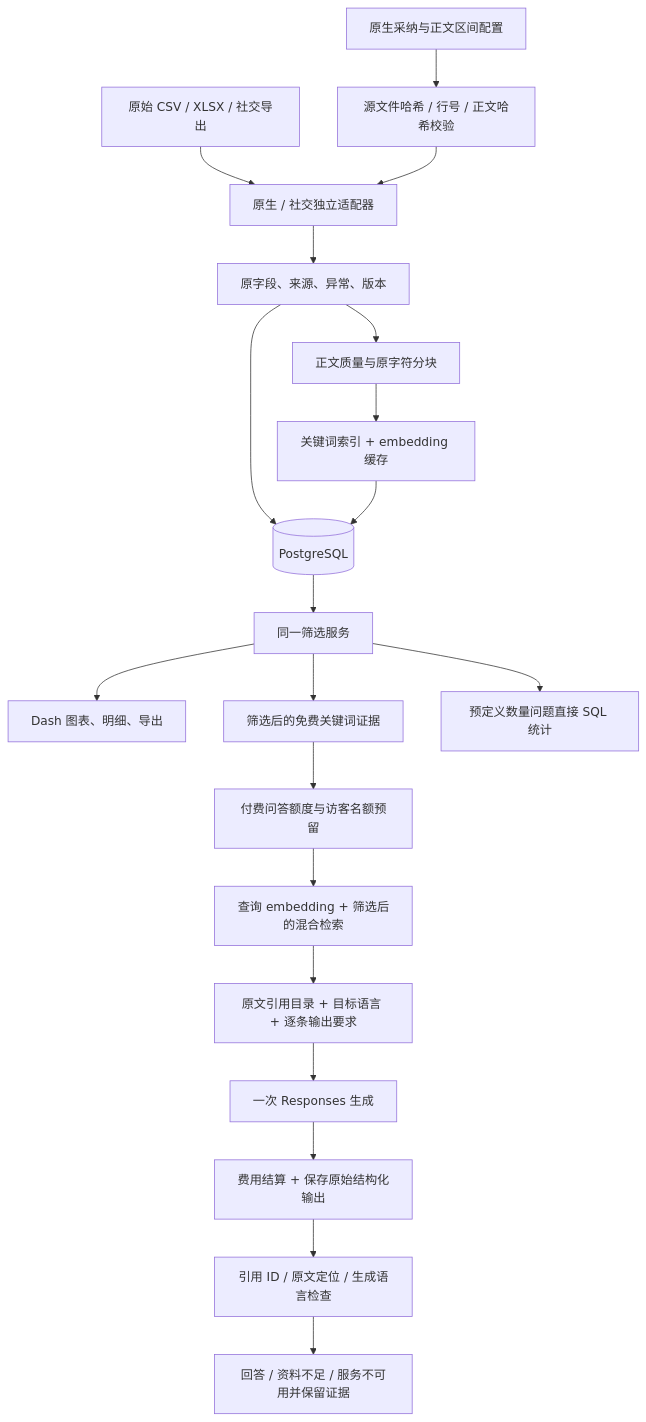
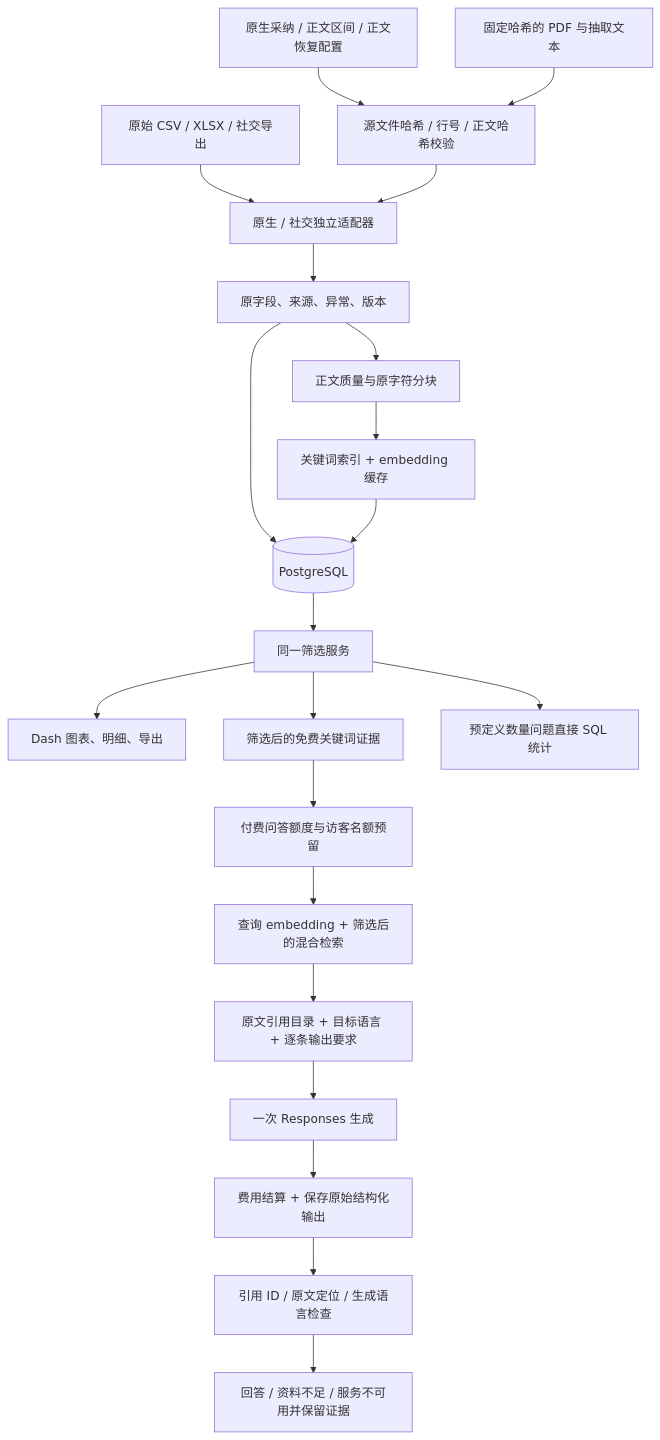
The diagram in docs/architecture.md (yaobc77-ai/ciss-advertising-observatory), drawn with Mermaid before and after one commit. The commit also changed other lines of this file and 21 other files, not shown here.

````diff
--- a/docs/architecture.md
+++ b/docs/architecture.md
@@ -7,22 +7,23 @@
 ```mermaid
 flowchart TD
     A[原始 CSV / XLSX / 社交导出] --> B[原生 / 社交独立适配器]
-    M[原生采纳与正文区间配置] --> V[源文件哈希 / 行号 / 正文哈希校验]
+    M[原生采纳 / 正文区间 / 正文恢复配置] --> V[源文件哈希 / 行号 / 正文哈希校验]
+    P[固定哈希的 PDF 与抽取文本] --> V
     V --> B
     B --> C[原字段、来源、异常、版本]
     C --> D[(PostgreSQL)]
     D --> E[同一筛选服务]
     E --> F[Dash 图表、明细、导出]
     C --> G[正文质量与原字符分块]
     G --> H[关键词索引 + embedding 缓存]
     H --> D
     E --> I[筛选后的免费关键词证据]
     I --> J[付费问答额度与访客名额预留]
     J --> Q[查询 embedding + 筛选后的混合检索]
     Q --> S[原文引用目录 + 目标语言 + 逐条输出要求]
     S --> R[一次 Responses 生成]
     R --> U[费用结算 + 保存原始结构化输出]
     U --> K[引用 ID / 原文定位 / 生成语言检查]
     K --> L[回答 / 资料不足 / 服务不可用并保留证据]
     E --> N[预定义数量问题直接 SQL 统计]
 ```
````
